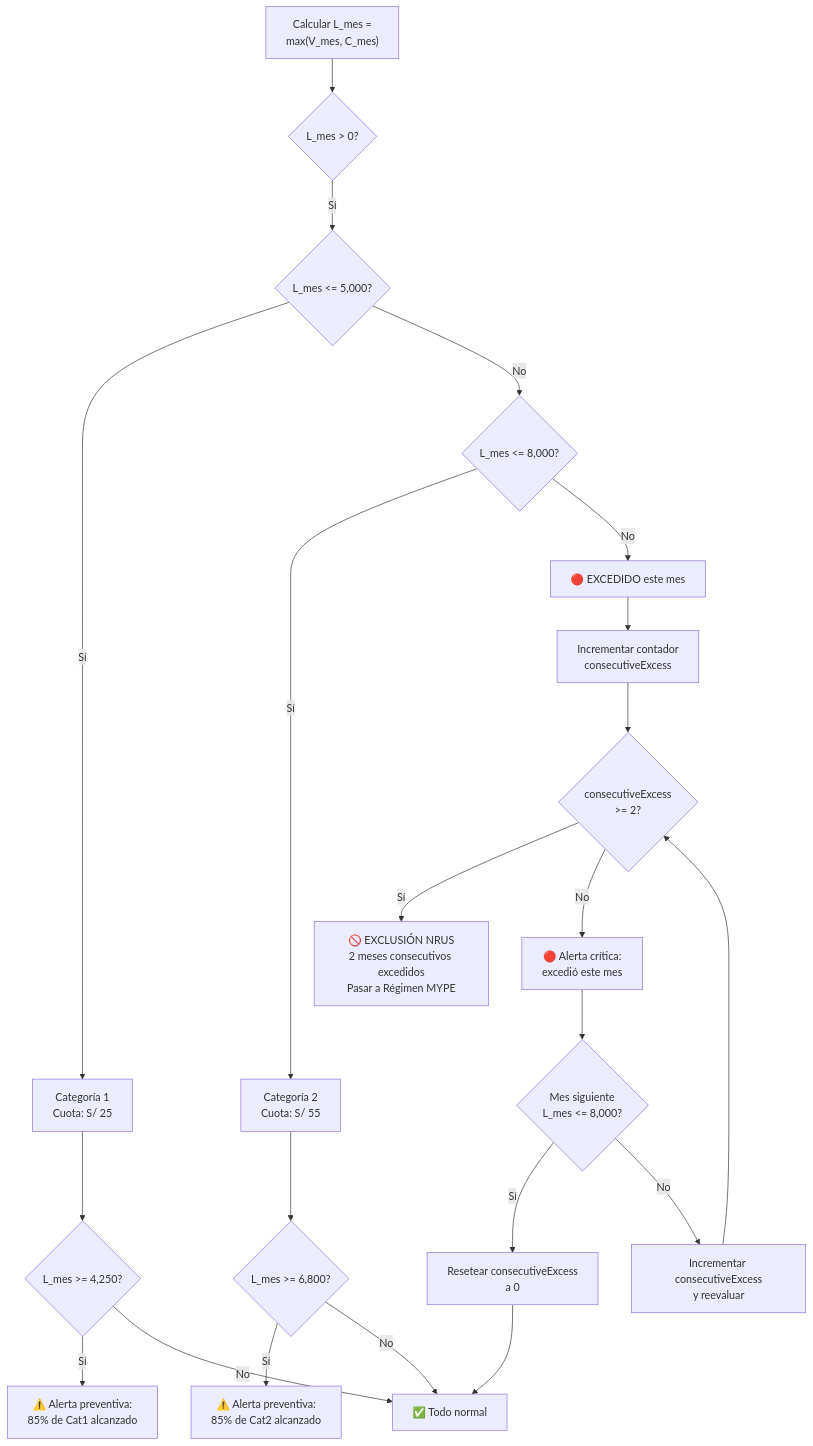
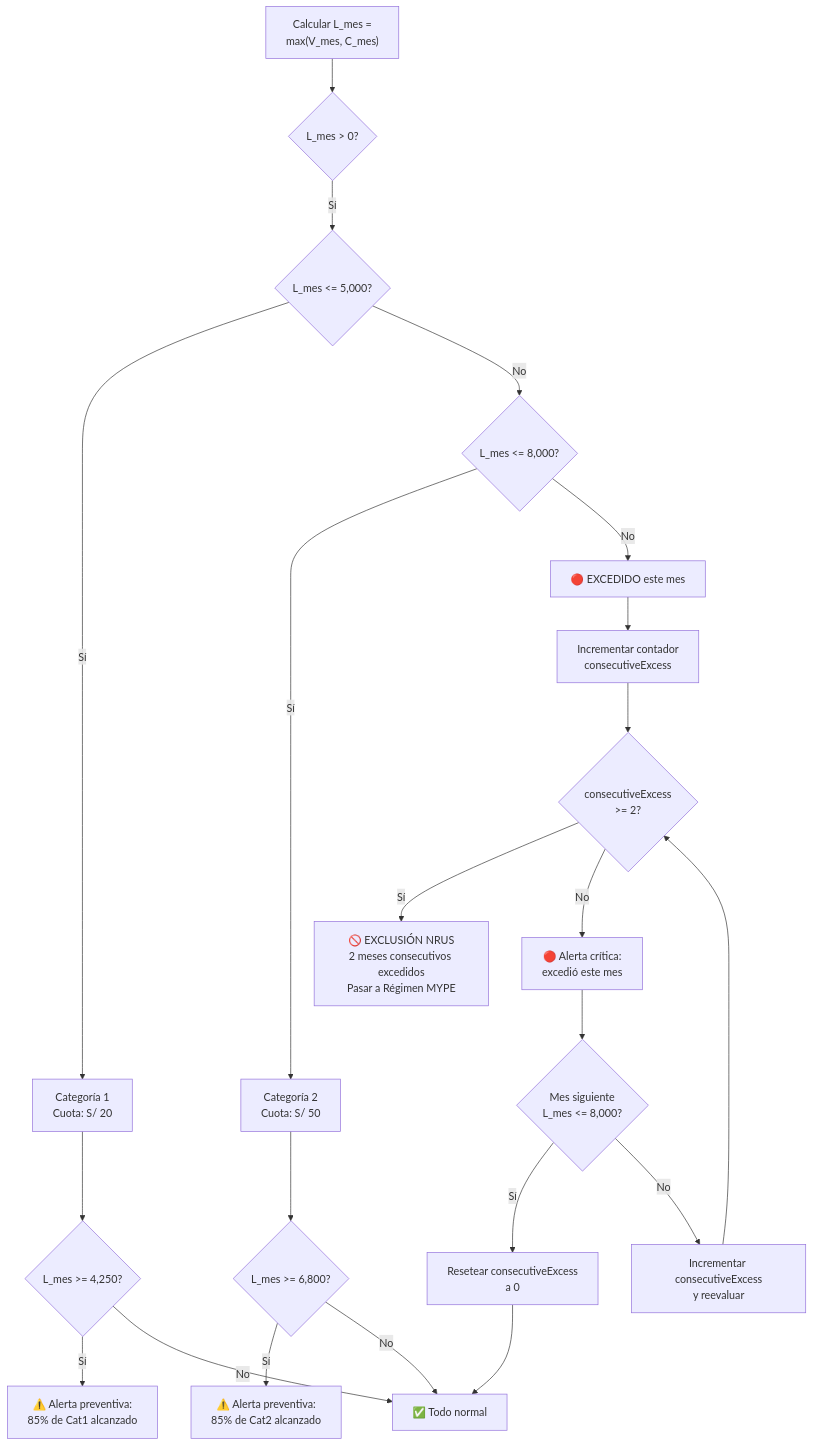
Before and after one commit to pcrisho/caja-rus: the diagram in docs/08-nrus-rules.md, drawn with Mermaid. The commit also changed other lines of this file and 26 other files, not shown here.

````diff
--- a/docs/08-nrus-rules.md
+++ b/docs/08-nrus-rules.md
@@ -60,29 +60,29 @@
 ```mermaid
 flowchart TD
     A["Calcular L_mes =<br/>max(V_mes, C_mes)"] --> B{"L_mes > 0?"}
 
     B -->|"Sí"| C{"L_mes <= 5,000?"}
-    C -->|"Sí"| D["Categoría 1<br/>Cuota: S/ 25"]
+    C -->|"Sí"| D["Categoría 1<br/>Cuota: S/ 20"]
     D --> E{"L_mes >= 4,250?"}
     E -->|"Sí"| F["⚠️ Alerta preventiva:<br/>85% de Cat1 alcanzado"]
     E -->|"No"| G["✅ Todo normal"]
 
     C -->|"No"| H{"L_mes <= 8,000?"}
-    H -->|"Sí"| I["Categoría 2<br/>Cuota: S/ 55"]
+    H -->|"Sí"| I["Categoría 2<br/>Cuota: S/ 50"]
     I --> J{"L_mes >= 6,800?"}
     J -->|"Sí"| K["⚠️ Alerta preventiva:<br/>85% de Cat2 alcanzado"]
     J -->|"No"| G
 
     H -->|"No"| L["🔴 EXCEDIDO este mes"]
     L --> M["Incrementar contador<br/>consecutiveExcess"]
 
     M --> N{"consecutiveExcess<br/>>= 2?"}
     N -->|"Sí"| O["🚫 EXCLUSIÓN NRUS<br/>2 meses consecutivos excedidos<br/>Pasar a Régimen MYPE"]
     N -->|"No"| P["🔴 Alerta crítica:<br/>excedió este mes"]
 
     P --> Q{"Mes siguiente<br/>L_mes <= 8,000?"}
     Q -->|"Sí"| R["Resetear consecutiveExcess<br/>a 0"]
     Q -->|"No"| S["Incrementar consecutiveExcess<br/>y reevaluar"]
     R --> G
     S --> N
 ```
````
